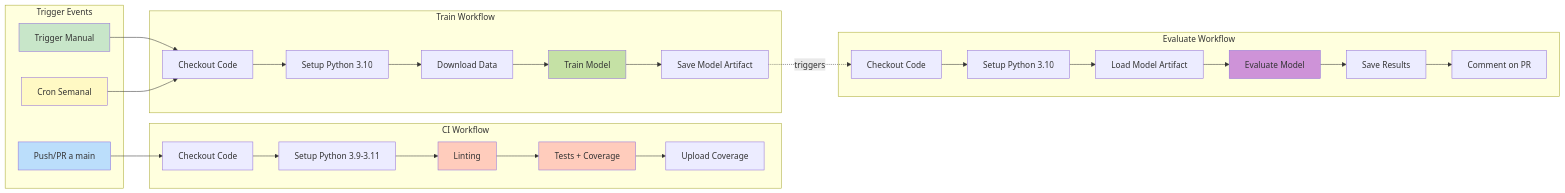
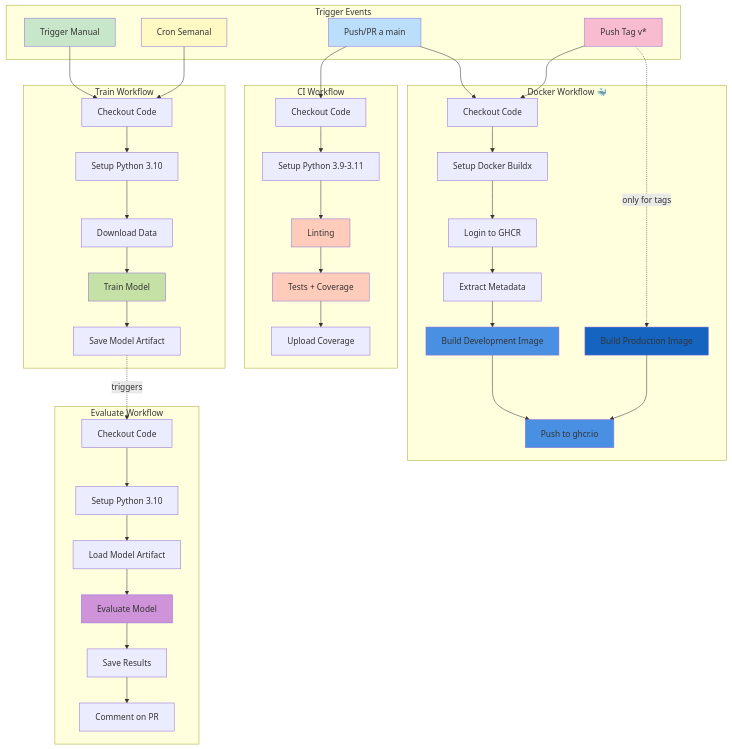
The third of 5 diagrams in ARQUITECTURA.md (ivhuco/practica_ci_cd), drawn with Mermaid before and after one commit. The commit also changed other lines of this file, not shown here.

Commit message:
docs: Actualizar diagramas de arquitectura con workflow Docker
- Agregar docker-publish.yml al diagrama de arquitectura general
- Actualizar flujo de CI/CD con workflow Docker Build and Publish
- Incluir triggers para tags y push a main
- Mostrar build de imágenes dev y prod
- Agregar tabla de workflows activos con duraciones

````diff
--- a/ARQUITECTURA.md
+++ b/ARQUITECTURA.md
@@ -141,51 +148,77 @@
 ```mermaid
-graph LR
+graph TB
     subgraph "Trigger Events"
         PUSH[Push/PR a main]
         MANUAL[Trigger Manual]
         SCHEDULE[Cron Semanal]
+        TAG[Push Tag v*]
     end
     
     subgraph "CI Workflow"
         CHECKOUT1[Checkout Code]
         SETUP1[Setup Python 3.9-3.11]
         LINT[Linting]
         TEST[Tests + Coverage]
         UPLOAD_COV[Upload Coverage]
+    end
+    
+    subgraph "Docker Workflow 🐳"
+        CHECKOUT_D[Checkout Code]
+        BUILDX[Setup Docker Buildx]
+        LOGIN[Login to GHCR]
+        META[Extract Metadata]
+        BUILD_DEV[Build Development Image]
+        BUILD_PROD[Build Production Image]
+        PUSH_IMG[Push to ghcr.io]
     end
     
     subgraph "Train Workflow"
         CHECKOUT2[Checkout Code]
         SETUP2[Setup Python 3.10]
         DOWNLOAD[Download Data]
         TRAIN_EXEC[Train Model]
         SAVE_MODEL[Save Model Artifact]
     end
     
     subgraph "Evaluate Workflow"
         CHECKOUT3[Checkout Code]
         SETUP3[Setup Python 3.10]
         LOAD_MODEL[Load Model Artifact]
         EVAL_EXEC[Evaluate Model]
         SAVE_RESULTS[Save Results]
         COMMENT[Comment on PR]
     end
     
+    %% CI Flow
     PUSH --> CHECKOUT1
     CHECKOUT1 --> SETUP1 --> LINT --> TEST --> UPLOAD_COV
     
+    %% Docker Flow
+    PUSH --> CHECKOUT_D
+    TAG --> CHECKOUT_D
+    CHECKOUT_D --> BUILDX --> LOGIN --> META
+    META --> BUILD_DEV --> PUSH_IMG
+    TAG -.only for tags.-> BUILD_PROD
+    BUILD_PROD --> PUSH_IMG
+    
+    %% Train Flow
     MANUAL --> CHECKOUT2
     SCHEDULE --> CHECKOUT2
     CHECKOUT2 --> SETUP2 --> DOWNLOAD --> TRAIN_EXEC --> SAVE_MODEL
     
+    %% Evaluate Flow
     SAVE_MODEL -.triggers.-> CHECKOUT3
     CHECKOUT3 --> SETUP3 --> LOAD_MODEL --> EVAL_EXEC --> SAVE_RESULTS --> COMMENT
     
     style PUSH fill:#bbdefb
     style MANUAL fill:#c8e6c9
     style SCHEDULE fill:#fff9c4
+    style TAG fill:#f8bbd0
     style LINT fill:#ffccbc
     style TEST fill:#ffccbc
+    style BUILD_DEV fill:#4A90E2
+    style BUILD_PROD fill:#1565C0
+    style PUSH_IMG fill:#4A90E2
     style TRAIN_EXEC fill:#c5e1a5
     style EVAL_EXEC fill:#ce93d8
 ```
````
